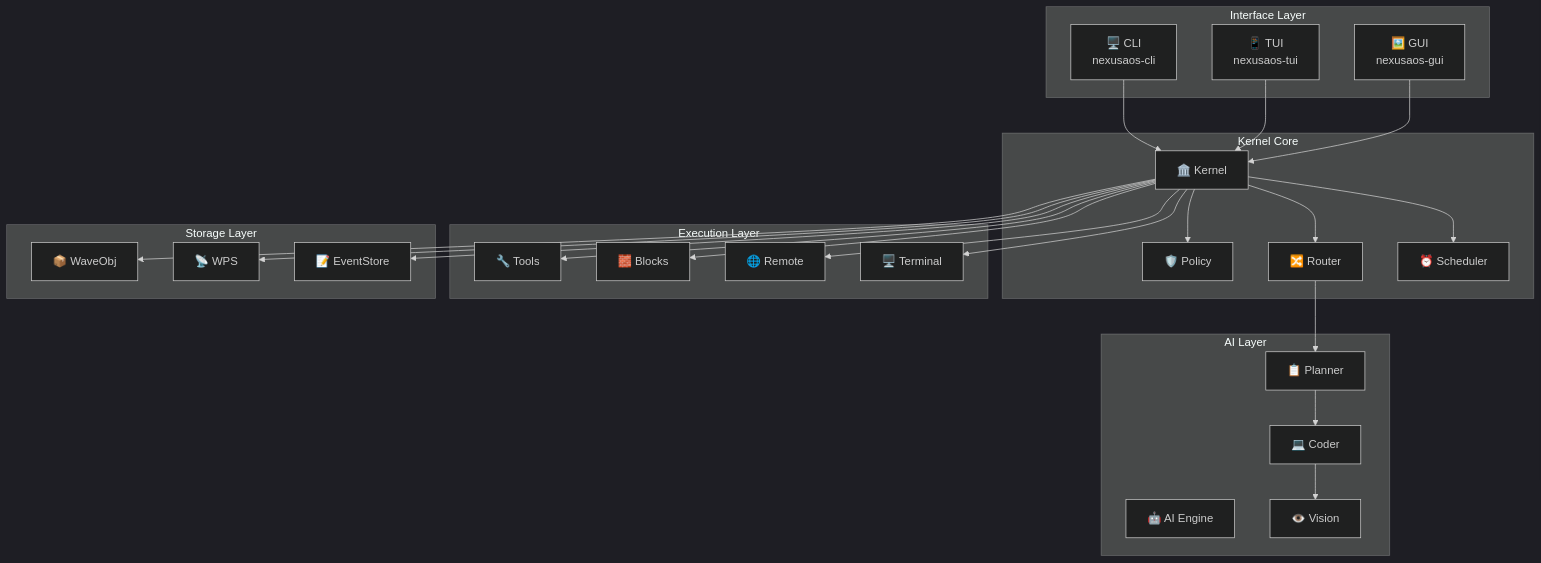
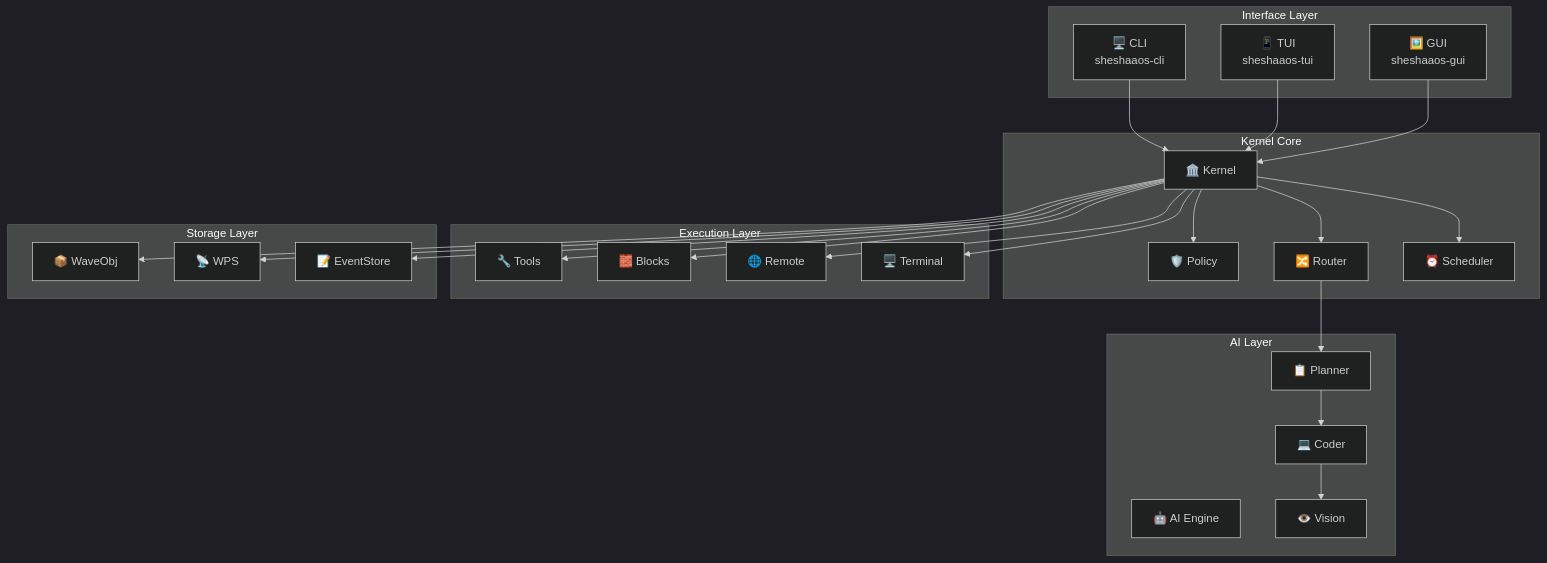
One commit to gaganjainse/SheshAOS changed the first of 6 diagrams in HANDOVER.md. Above: the diagram before and after it, drawn with Mermaid (dark theme). The commit also changed other lines of this file and 214 other files, not shown here.

````diff
--- a/HANDOVER.md
+++ b/HANDOVER.md
@@ -28,56 +28,56 @@
 ```mermaid
 graph TB
     subgraph "Interface Layer"
-        CLI["🖥️ CLI<br/>nexusaos-cli"]
-        TUI["📱 TUI<br/>nexusaos-tui"]
-        GUI["🖼️ GUI<br/>nexusaos-gui"]
+        CLI["🖥️ CLI<br/>sheshaaos-cli"]
+        TUI["📱 TUI<br/>sheshaaos-tui"]
+        GUI["🖼️ GUI<br/>sheshaaos-gui"]
     end
 
     subgraph "Kernel Core"
         K["🏛️ Kernel"]
         P["🛡️ Policy"]
         R["🔀 Router"]
         S["⏰ Scheduler"]
     end
 
     subgraph "AI Layer"
         A["🤖 AI Engine"]
         PL["📋 Planner"]
         CO["💻 Coder"]
         VI["👁️ Vision"]
     end
 
     subgraph "Execution Layer"
         T["🔧 Tools"]
         B["🧱 Blocks"]
         RM["🌐 Remote"]
         TE["🖥️ Terminal"]
     end
 
     subgraph "Storage Layer"
         WO["📦 WaveObj"]
         WP["📡 WPS"]
         ES["📝 EventStore"]
     end
 
     CLI --> K
     TUI --> K
     GUI --> K
 
     K --> P
     K --> R
     K --> S
 
     R --> PL
     PL --> CO
     CO --> VI
 
     K --> T
     K --> B
     K --> RM
     K --> TE
 
     K --> WO
     K --> WP
     K --> ES
 ```
````
